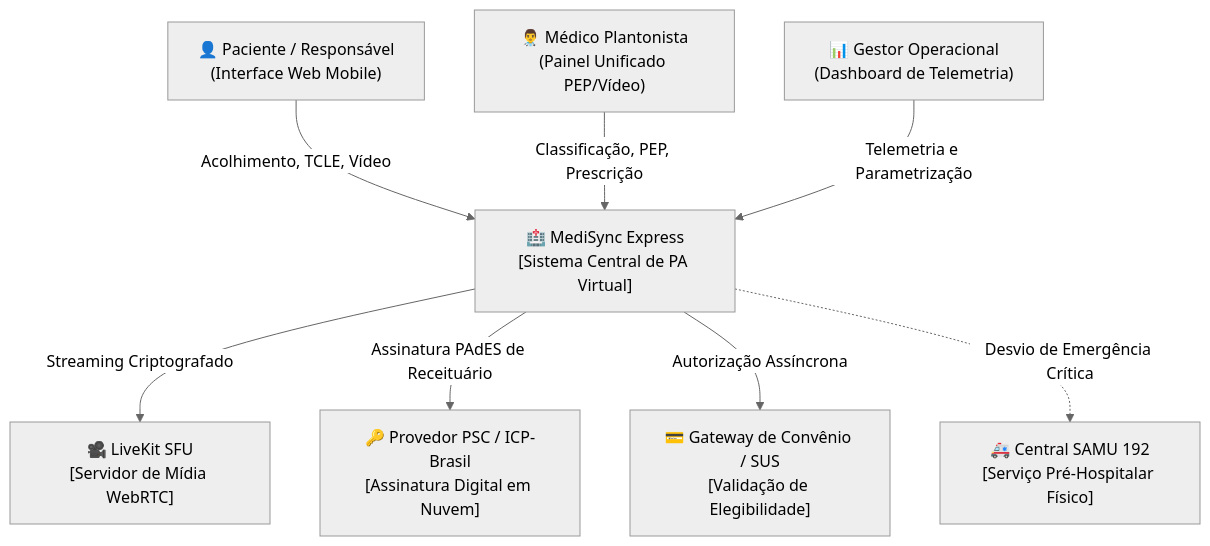
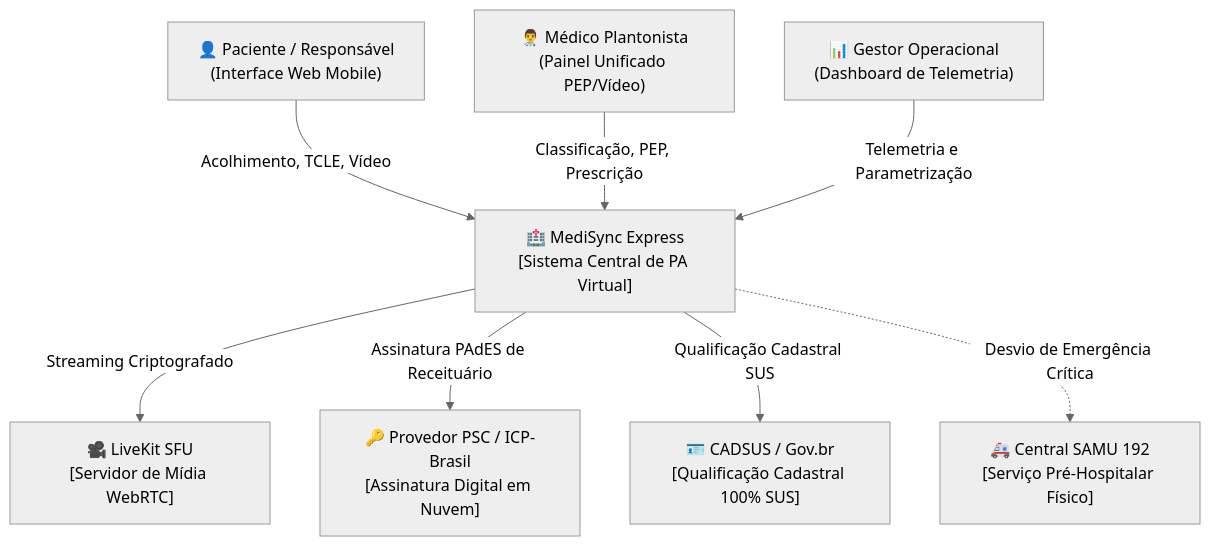
One commit to Rafaelp122/medisync changed the second of 3 diagrams in docs/explanation/architecture/overview.md. Above: the diagram before and after it, drawn with Mermaid (neutral theme). The commit also changed 96 other files, not shown here.

````diff
--- a/docs/explanation/architecture/overview.md
+++ b/docs/explanation/architecture/overview.md
@@ -65,19 +65,19 @@
 ```mermaid
 flowchart TD
     Pac["👤 Paciente / Responsável<br/>(Interface Web Mobile)"]
     Med["👨‍⚕️ Médico Plantonista<br/>(Painel Unificado PEP/Vídeo)"]
     Ges["📊 Gestor Operacional<br/>(Dashboard de Telemetria)"]
     Sys["🏥 MediSync Express<br/>[Sistema Central de PA Virtual]"]
     LiveKit["🎥 LiveKit SFU<br/>[Servidor de Mídia WebRTC]"]
     PSC["🔑 Provedor PSC / ICP-Brasil<br/>[Assinatura Digital em Nuvem]"]
-    GovPay["💳 Gateway de Convênio / SUS<br/>[Validação de Elegibilidade]"]
+    GovPay["🪪 CADSUS / Gov.br<br/>[Qualificação Cadastral 100% SUS]"]
     SAMU["🚑 Central SAMU 192<br/>[Serviço Pré-Hospitalar Físico]"]
 
     Pac -->|Acolhimento, TCLE, Vídeo| Sys
     Med -->|Classificação, PEP, Prescrição| Sys
     Ges -->|Telemetria e Parametrização| Sys
     Sys -->|Streaming Criptografado| LiveKit
     Sys -->|Assinatura PAdES de Receituário| PSC
-    Sys -->|Autorização Assíncrona| GovPay
+    Sys -->|Qualificação Cadastral SUS| GovPay
     Sys -.->|Desvio de Emergência Crítica| SAMU
 ```
````
